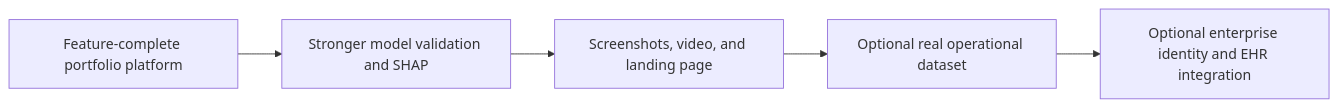
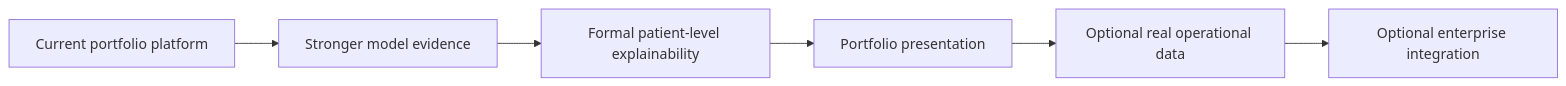
The ninth of 9 diagrams in README.md (draculess99/BedFlow_AI), drawn with Mermaid before and after one commit. The commit also changed other lines of this file and 3 other files, not shown here.

````diff
--- a/README.md
+++ b/README.md
@@ -946,7 +948,8 @@
 ```mermaid
 flowchart LR
-    NOW["Feature-complete portfolio platform"] --> VALID["Stronger model validation and SHAP"]
-    VALID --> PRESENT["Screenshots, video, and landing page"]
-    PRESENT --> DATA["Optional real operational dataset"]
-    DATA --> ENTERPRISE["Optional enterprise identity and EHR integration"]
+    CURRENT["Current portfolio platform"] --> EVIDENCE["Stronger model evidence"]
+    EVIDENCE --> EXPLAIN["Formal patient-level explainability"]
+    EXPLAIN --> PRESENT["Portfolio presentation"]
+    PRESENT --> DATA["Optional real operational data"]
+    DATA --> ENTERPRISE["Optional enterprise integration"]
 ```
````
